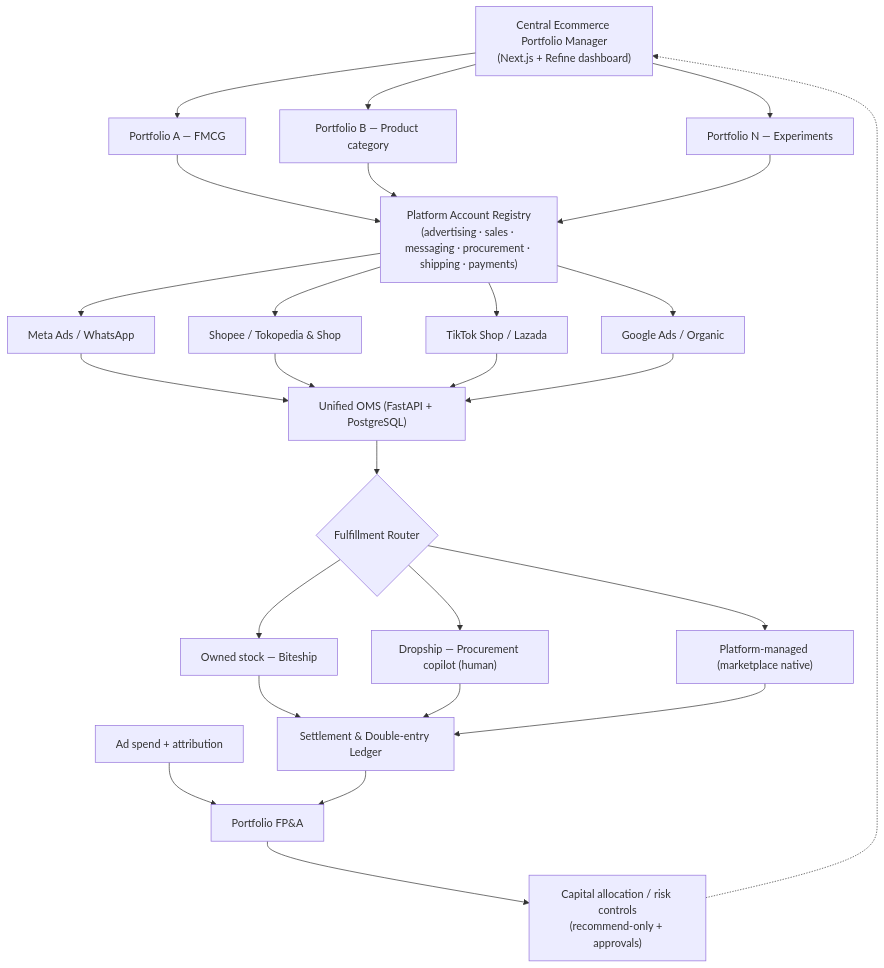
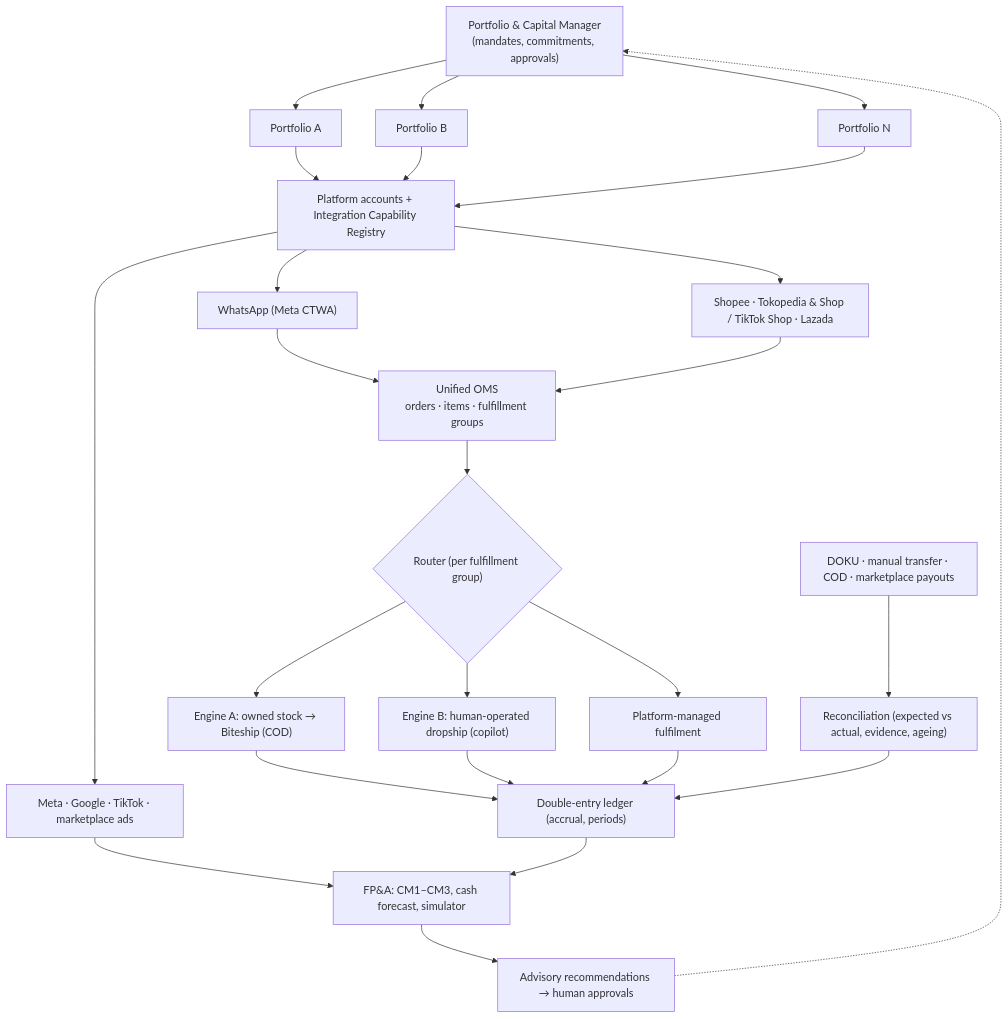
Before and after one commit to condoriano98/wacommerce: the diagram in docs/03-architecture.md, drawn with Mermaid. The commit also changed other lines of this file and 26 other files, not shown here.

First line of the commit message:
docs: Wacommerce V3.1 architecture revision (planning only)

````diff
--- a/docs/03-architecture.md
+++ b/docs/03-architecture.md
@@ -5,22 +12,19 @@
 ```mermaid
 flowchart TB
-    A["Central Ecommerce Portfolio Manager<br/>(Next.js + Refine dashboard)"]
-    A --> B["Portfolio A — FMCG"]
-    A --> C["Portfolio B — Product category"]
-    A --> D["Portfolio N — Experiments"]
-    B & C & D --> E["Platform Account Registry<br/>(advertising · sales · messaging · procurement · shipping · payments)"]
-    E --> F["Meta Ads / WhatsApp"]
-    E --> G["Shopee / Tokopedia & Shop"]
-    E --> H["TikTok Shop / Lazada"]
-    E --> I["Google Ads / Organic"]
-    F & G & H & I --> J["Unified OMS (FastAPI + PostgreSQL)"]
-    J --> K{"Fulfillment Router"}
-    K --> L["Owned stock — Biteship"]
-    K --> M["Dropship — Procurement copilot (human)"]
-    K --> PM["Platform-managed (marketplace native)"]
-    L & M & PM --> N["Settlement & Double-entry Ledger"]
-    O["Ad spend + attribution"] --> P["Portfolio FP&A"]
-    N --> P
-    P --> Q["Capital allocation / risk controls<br/>(recommend-only + approvals)"]
-    Q -.-> A
+    PM["Portfolio & Capital Manager<br/>(mandates, commitments, approvals)"]
+    PM --> P1["Portfolio A"] & P2["Portfolio B"] & PN["Portfolio N"]
+    P1 & P2 & PN --> REG["Platform accounts + Integration Capability Registry"]
+    REG --> WA["WhatsApp (Meta CTWA)"] & MP["Shopee · Tokopedia & Shop / TikTok Shop · Lazada"] & ADS["Meta · Google · TikTok · marketplace ads"]
+    WA & MP --> OMS["Unified OMS<br/>orders · items · fulfillment groups"]
+    OMS --> RT{"Router (per fulfillment group)"}
+    RT --> A["Engine A: owned stock → Biteship (COD)"]
+    RT --> B["Engine B: human-operated dropship (copilot)"]
+    RT --> PMF["Platform-managed fulfilment"]
+    A & B & PMF --> LED["Double-entry ledger (accrual, periods)"]
+    PAY["DOKU · manual transfer · COD · marketplace payouts"] --> REC["Reconciliation (expected vs actual, evidence, ageing)"]
+    REC --> LED
+    ADS --> FPA["FP&A: CM1–CM3, cash forecast, simulator"]
+    LED --> FPA
+    FPA --> REC2["Advisory recommendations → human approvals"]
+    REC2 -.-> PM
 ```
````
